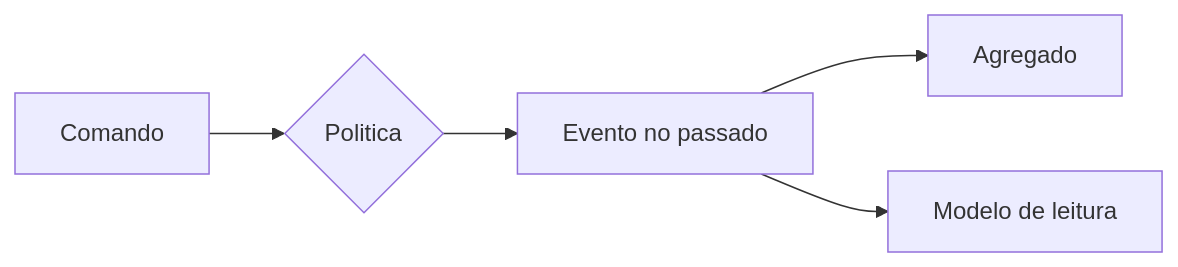
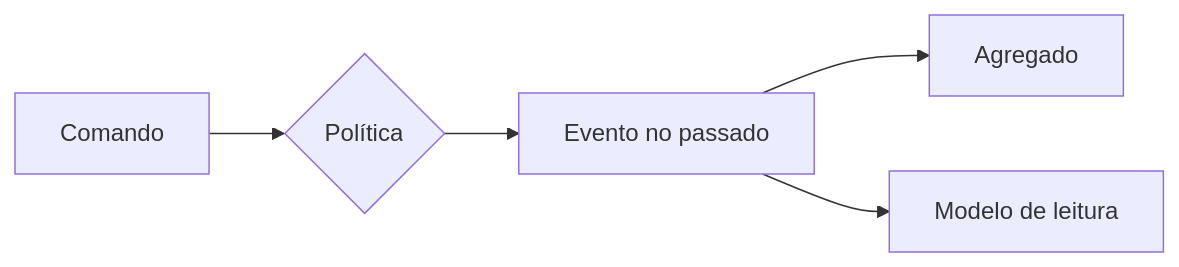
The first of 7 diagrams in docs/EVENT_STORMING.md (yxsbx/SOAT-FIAP), drawn with Mermaid before and after one commit. The commit also changed other lines of this file and 13 other files, not shown here.

````diff
--- a/docs/EVENT_STORMING.md
+++ b/docs/EVENT_STORMING.md
@@ -330,7 +331,7 @@
 ```mermaid
 flowchart LR
-    C1["Comando"] --> P1{"Politica"}
+    C1["Comando"] --> P1{"Política"}
     P1 --> E1["Evento no passado"]
     E1 --> A1["Agregado"]
     E1 --> L1["Modelo de leitura"]
 ```
````
